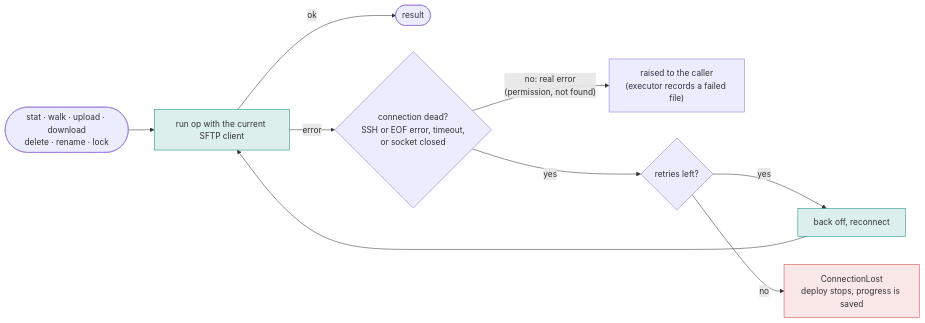
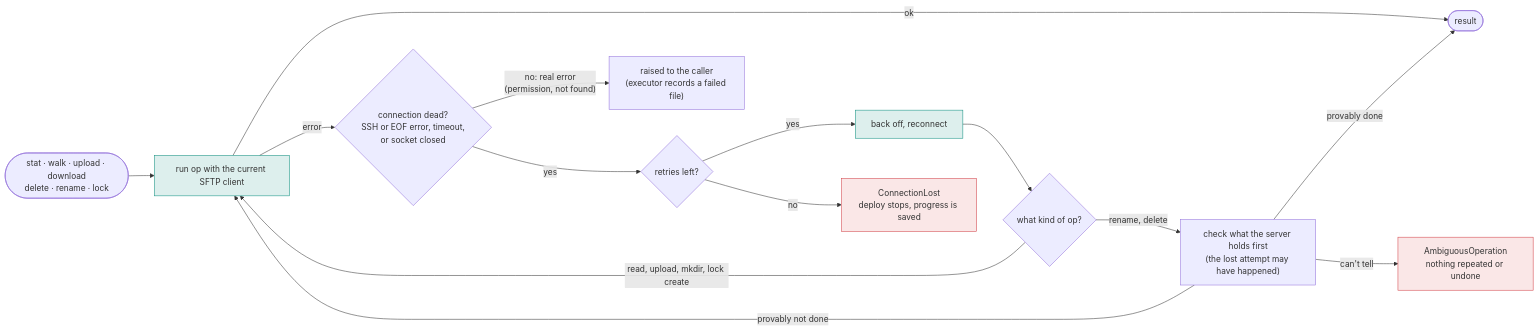
Before and after one commit to aayushdhimaann/shipr: the sixth of 14 diagrams in docs/FLOW.md, drawn with Mermaid. The commit also changed other lines of this file and 10 other files, not shown here.

````diff
--- a/docs/FLOW.md
+++ b/docs/FLOW.md
@@ -223,15 +223,20 @@
 ```mermaid
 flowchart LR
   op(["stat · walk · upload · download<br/>delete · rename · lock"]) --> run["run op with the current SFTP client"]
   run -- ok --> res(["result"])
   run -- error --> dead{"connection dead?<br/>SSH or EOF error, timeout,<br/>or socket closed"}
   dead -- "no: real error<br/>(permission, not found)" --> up["raised to the caller<br/>(executor records a failed file)"]
   dead -- yes --> rl{"retries left?"}
   rl -- yes --> rc["back off, reconnect"]
-  rc --> run
+  rc --> again{"what kind of op?"}
+  again -- "read, upload, mkdir, lock create" --> run
+  again -- "rename, delete" --> rec["check what the server holds first<br/>(the lost attempt may have happened)"]
+  rec -- "provably done" --> res
+  rec -- "provably not done" --> run
+  rec -- "can't tell" --> amb["AmbiguousOperation<br/>nothing repeated or undone"]
   rl -- no --> cl["ConnectionLost<br/>deploy stops, progress is saved"]
   classDef err fill:#d23f4520,stroke:#d23f45
   classDef srv fill:#0e8f7f24,stroke:#0e8f7f
-  class cl err
+  class cl,amb err
   class run,rc srv
 ```
````
